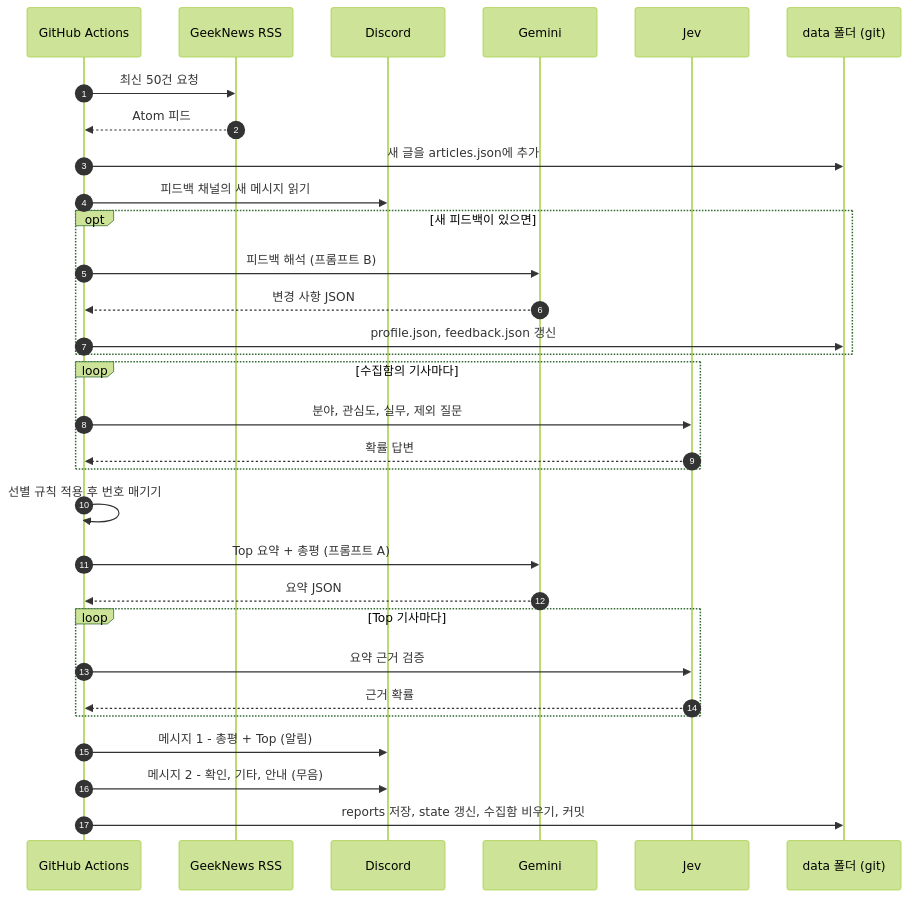
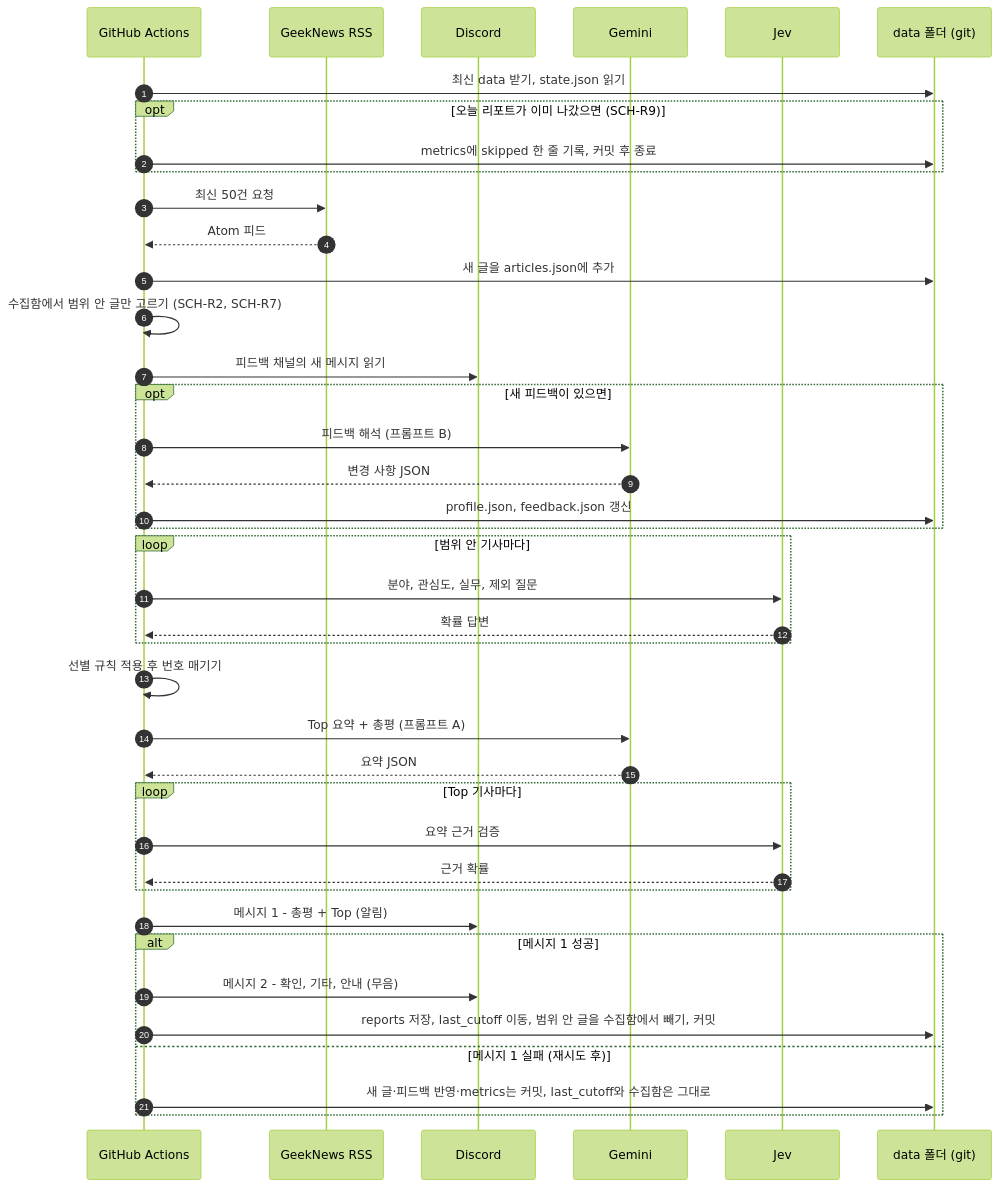
The second of 2 diagrams in docs/02-schedule-and-range.md (jomin4/pi-geeknews_digest), drawn with Mermaid (forest theme) before and after one commit. The commit also changed other lines of this file and 8 other files, not shown here.

````diff
--- a/docs/02-schedule-and-range.md
+++ b/docs/02-schedule-and-range.md
@@ -65,33 +79,42 @@
 ```mermaid
 sequenceDiagram
   autonumber
   participant GA as GitHub Actions
   participant RSS as GeekNews RSS
   participant DC as Discord
   participant GM as Gemini
   participant JV as Jev
   participant FS as data 폴더 (git)
+  GA->>FS: 최신 data 받기, state.json 읽기
+  opt 오늘 리포트가 이미 나갔으면 (SCH-R9)
+    GA->>FS: metrics에 skipped 한 줄 기록, 커밋 후 종료
+  end
   GA->>RSS: 최신 50건 요청
   RSS-->>GA: Atom 피드
   GA->>FS: 새 글을 articles.json에 추가
+  GA->>GA: 수집함에서 범위 안 글만 고르기 (SCH-R2, SCH-R7)
   GA->>DC: 피드백 채널의 새 메시지 읽기
   opt 새 피드백이 있으면
     GA->>GM: 피드백 해석 (프롬프트 B)
     GM-->>GA: 변경 사항 JSON
     GA->>FS: profile.json, feedback.json 갱신
   end
-  loop 수집함의 기사마다
+  loop 범위 안 기사마다
     GA->>JV: 분야, 관심도, 실무, 제외 질문
     JV-->>GA: 확률 답변
   end
   GA->>GA: 선별 규칙 적용 후 번호 매기기
   GA->>GM: Top 요약 + 총평 (프롬프트 A)
   GM-->>GA: 요약 JSON
   loop Top 기사마다
     GA->>JV: 요약 근거 검증
     JV-->>GA: 근거 확률
   end
   GA->>DC: 메시지 1 - 총평 + Top (알림)
-  GA->>DC: 메시지 2 - 확인, 기타, 안내 (무음)
-  GA->>FS: reports 저장, state 갱신, 수집함 비우기, 커밋
+  alt 메시지 1 성공
+    GA->>DC: 메시지 2 - 확인, 기타, 안내 (무음)
+    GA->>FS: reports 저장, last_cutoff 이동, 범위 안 글을 수집함에서 빼기, 커밋
+  else 메시지 1 실패 (재시도 후)
+    GA->>FS: 새 글·피드백 반영·metrics는 커밋, last_cutoff와 수집함은 그대로
+  end
 ```
````
